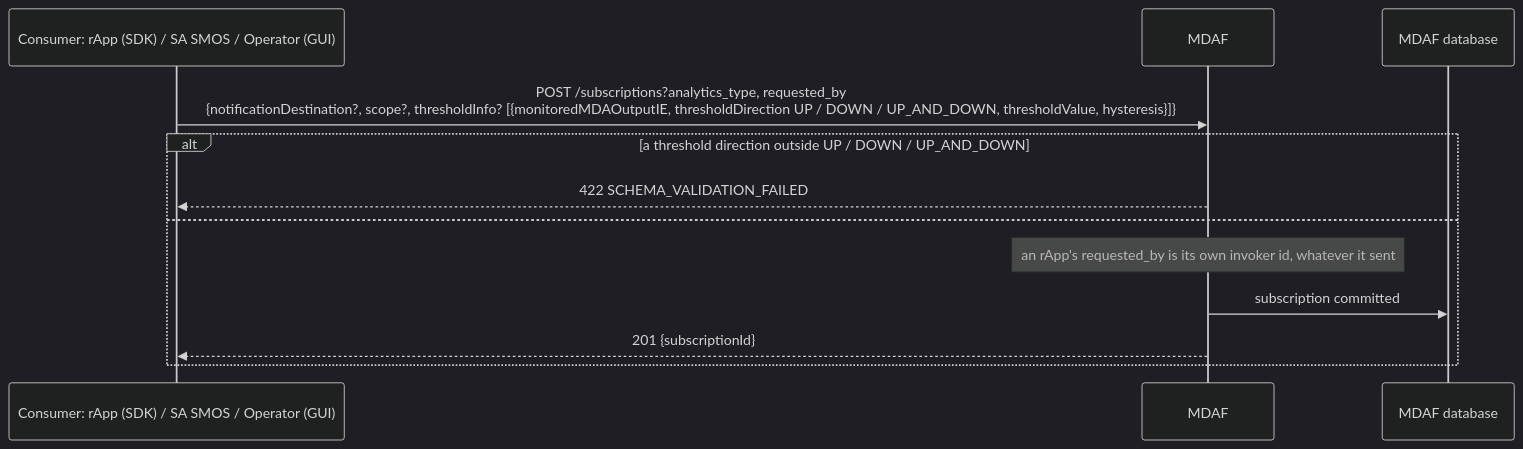
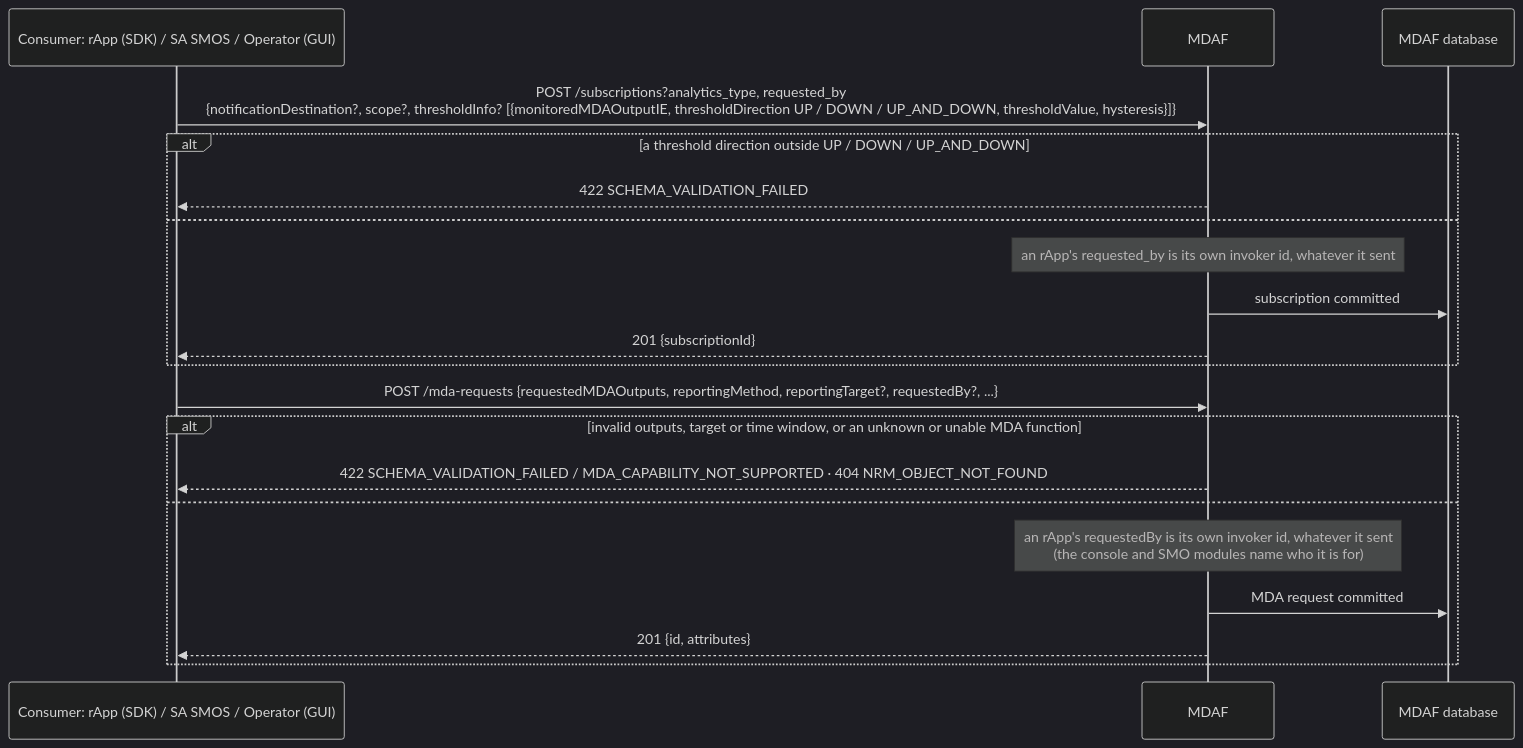
Before and after one commit to rsys-bshankar/ai-ran-smo: the second of 4 diagrams in smo/docs/call-flows/08-ran-analytics-data-production.md, drawn with Mermaid (dark theme). The commit also changed other lines of this file and 38 other files, not shown here.

First line of the commit message:
Ownership: AIMgF judges a module acting for an rApp; MDA requests are their maker's

````diff
--- a/smo/docs/call-flows/08-ran-analytics-data-production.md
+++ b/smo/docs/call-flows/08-ran-analytics-data-production.md
@@ -73,15 +73,23 @@
 ```mermaid
 sequenceDiagram
     participant C as Consumer: rApp (SDK) / SA SMOS / Operator (GUI)
     participant MDAF as MDAF
     participant DB as MDAF database
 
     C->>MDAF: POST /subscriptions?analytics_type, requested_by<br/>{notificationDestination?, scope?, thresholdInfo? [{monitoredMDAOutputIE, thresholdDirection UP / DOWN / UP_AND_DOWN, thresholdValue, hysteresis}]}
     alt a threshold direction outside UP / DOWN / UP_AND_DOWN
         MDAF-->>C: 422 SCHEMA_VALIDATION_FAILED
     else
         Note over MDAF: an rApp's requested_by is its own invoker id, whatever it sent
         MDAF->>DB: subscription committed
         MDAF-->>C: 201 {subscriptionId}
     end
+    C->>MDAF: POST /mda-requests {requestedMDAOutputs, reportingMethod, reportingTarget?, requestedBy?, ...}
+    alt invalid outputs, target or time window, or an unknown or unable MDA function
+        MDAF-->>C: 422 SCHEMA_VALIDATION_FAILED / MDA_CAPABILITY_NOT_SUPPORTED · 404 NRM_OBJECT_NOT_FOUND
+    else
+        Note over MDAF: an rApp's requestedBy is its own invoker id, whatever it sent<br/>(the console and SMO modules name who it is for)
+        MDAF->>DB: MDA request committed
+        MDAF-->>C: 201 {id, attributes}
+    end
 ```
````
